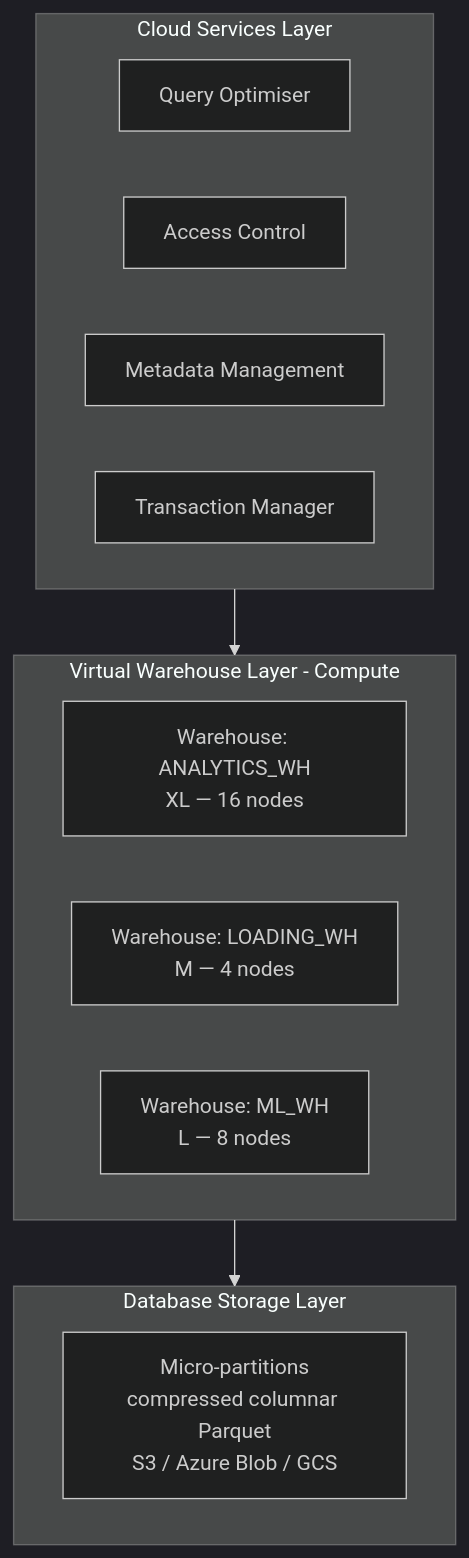
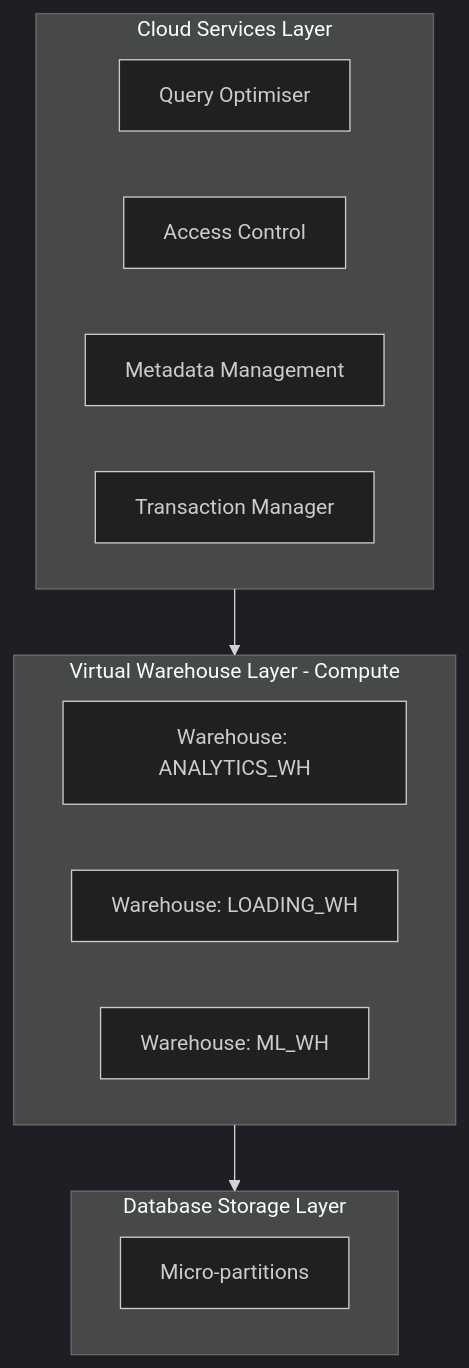
One commit to gcmishra7/data-engineering-helper changed the diagram in 06-snowflake/01-snowflake-architecture.md. Above: the diagram before and after it, drawn with Mermaid (dark theme). The commit also changed other lines of this file and 57 other files, not shown here.

First line of the commit message:
Shorten mermaid node labels to fix text truncation on GitHub

````diff
--- a/06-snowflake/01-snowflake-architecture.md
+++ b/06-snowflake/01-snowflake-architecture.md
@@ -8,22 +8,22 @@
 ```mermaid
 graph TD
     subgraph CS[Cloud Services Layer]
         QO[Query Optimiser]
         AC[Access Control]
         MM[Metadata Management]
         TM[Transaction Manager]
     end
 
     subgraph VWH[Virtual Warehouse Layer - Compute]
-        W1[Warehouse: ANALYTICS_WH<br/>XL — 16 nodes]
-        W2[Warehouse: LOADING_WH<br/>M — 4 nodes]
-        W3[Warehouse: ML_WH<br/>L — 8 nodes]
+        W1[Warehouse: ANALYTICS_WH]
+        W2[Warehouse: LOADING_WH]
+        W3[Warehouse: ML_WH]
     end
 
     subgraph DSL[Database Storage Layer]
-        MP[Micro-partitions<br/>compressed columnar Parquet<br/>S3 / Azure Blob / GCS]
+        MP[Micro-partitions]
     end
 
     CS --> VWH
     VWH --> DSL
 ```
````
